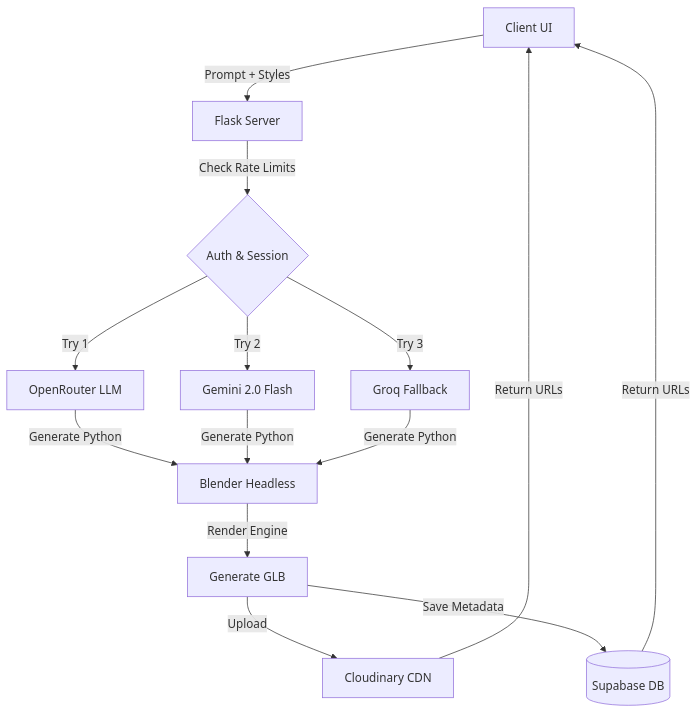
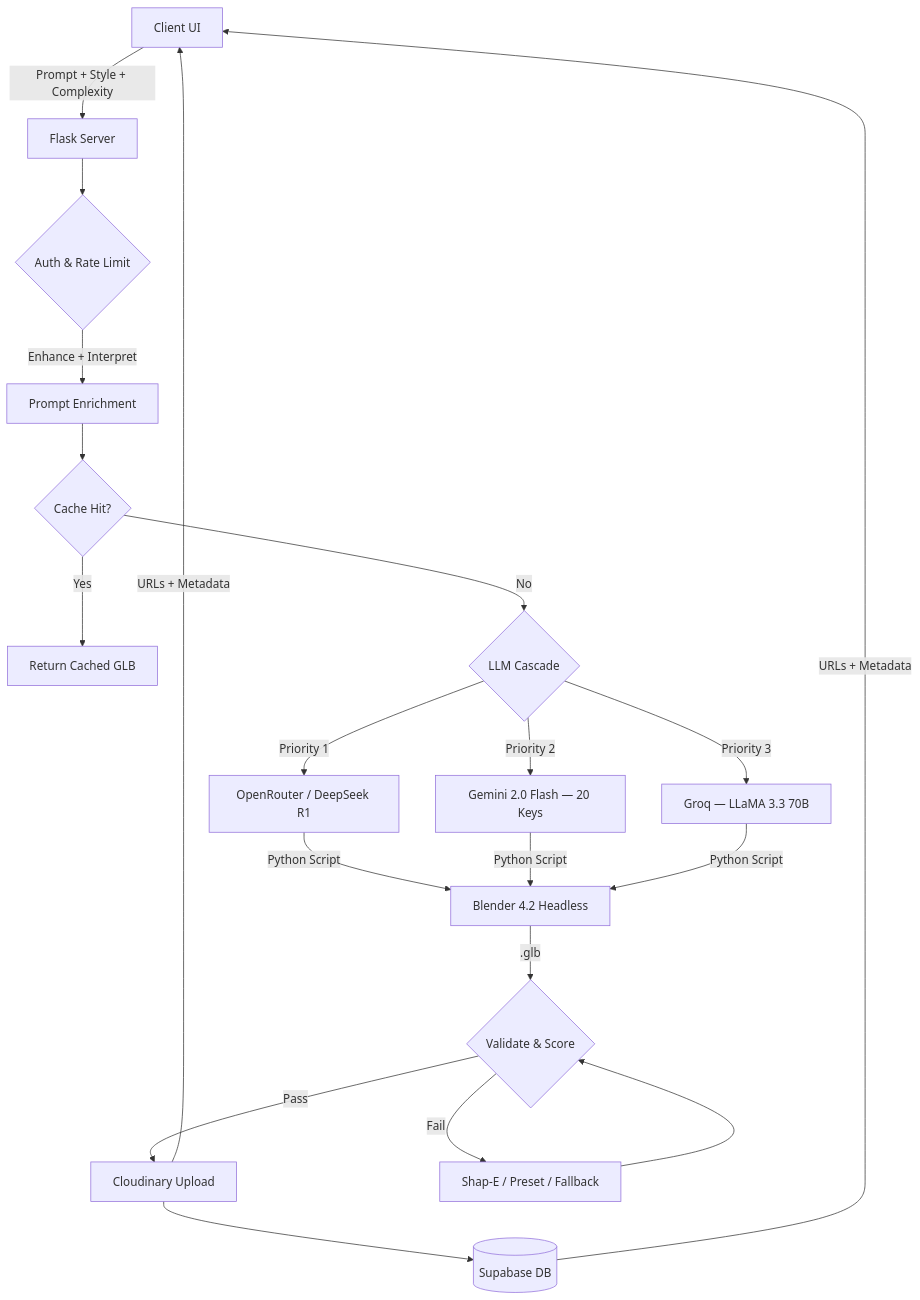
The diagram in README.md (dhurv0045com-spec/ai-3d-studio), drawn with Mermaid before and after one commit. The commit also changed other lines of this file and 3 other files, not shown here.

````diff
--- a/README.md
+++ b/README.md
@@ -50,16 +124,19 @@
 ```mermaid
 graph TD
-    A[Client UI] -->|Prompt + Styles| B[Flask Server]
-    B -->|Check Rate Limits| C{Auth & Session}
-    C -->|Try 1| D[OpenRouter LLM]
-    C -->|Try 2| E[Gemini 2.0 Flash]
-    C -->|Try 3| F[Groq Fallback]
-    
-    D & E & F -->|Generate Python| G[Blender Headless]
-    G -->|Render Engine| H[Generate GLB]
-    
-    H -->|Upload| I[Cloudinary CDN]
-    H -->|Save Metadata| J[(Supabase DB)]
-    
-    I & J -->|Return URLs| A
+    A[Client UI] -->|Prompt + Style + Complexity| B[Flask Server]
+    B --> C{Auth & Rate Limit}
+    C -->|Enhance + Interpret| D[Prompt Enrichment]
+    D --> E{Cache Hit?}
+    E -->|Yes| K[Return Cached GLB]
+    E -->|No| F{LLM Cascade}
+    F -->|Priority 1| G[OpenRouter / DeepSeek R1]
+    F -->|Priority 2| H[Gemini 2.0 Flash — 20 Keys]
+    F -->|Priority 3| I[Groq — LLaMA 3.3 70B]
+    G & H & I -->|Python Script| J[Blender 4.2 Headless]
+    J -->|.glb| L{Validate & Score}
+    L -->|Pass| M[Cloudinary Upload]
+    L -->|Fail| N[Shap-E / Preset / Fallback]
+    N --> L
+    M --> O[(Supabase DB)]
+    M & O -->|URLs + Metadata| A
 ```
````
